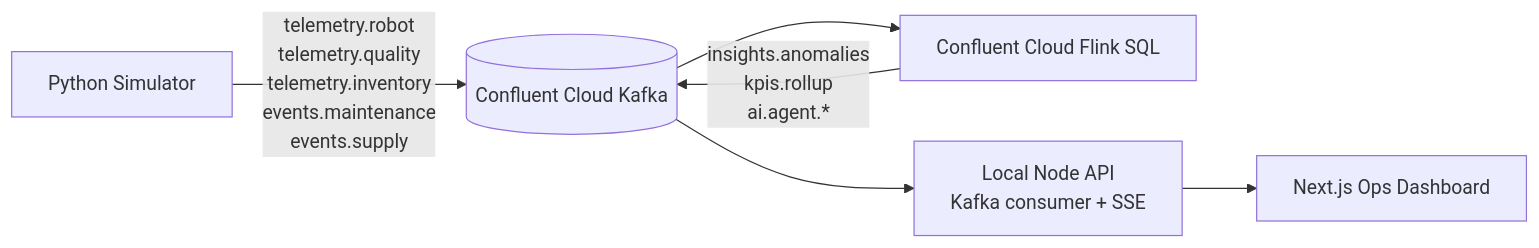
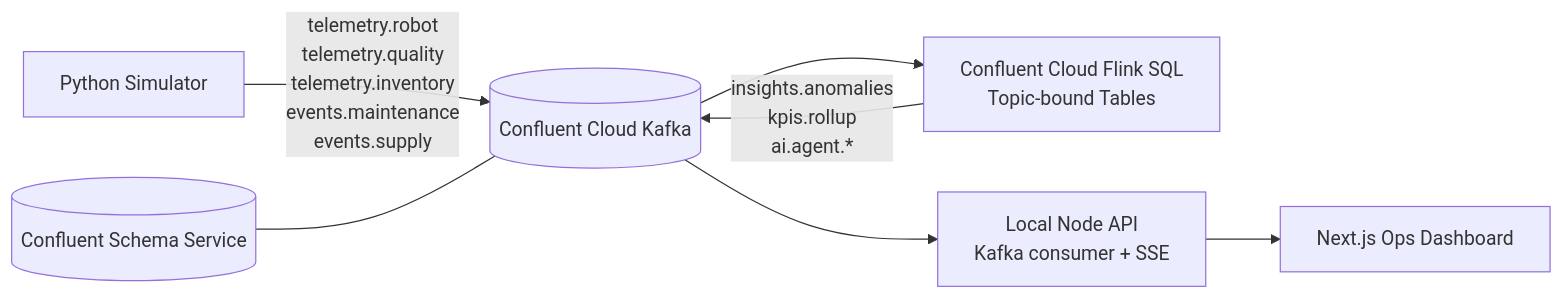
Before and after one commit to ikartikk/confluent-ami: the diagram in README.md, drawn with Mermaid. The commit also changed other lines of this file, not shown here.

````diff
--- a/README.md
+++ b/README.md
@@ -7,8 +7,9 @@
 ```mermaid
 flowchart LR
   SIM[Python Simulator] -->|telemetry.robot<br/>telemetry.quality<br/>telemetry.inventory<br/>events.maintenance<br/>events.supply| KAFKA[(Confluent Cloud Kafka)]
-  KAFKA --> FLINK[Confluent Cloud Flink SQL]
+  KAFKA --> FLINK[Confluent Cloud Flink SQL<br/>Topic-bound Tables]
   FLINK -->|insights.anomalies<br/>kpis.rollup<br/>ai.agent.*| KAFKA
   KAFKA --> API[Local Node API<br/>Kafka consumer + SSE]
   API --> WEB[Next.js Ops Dashboard]
+  SCHEMA[(Confluent Schema Service)] --- KAFKA
 ```
````
